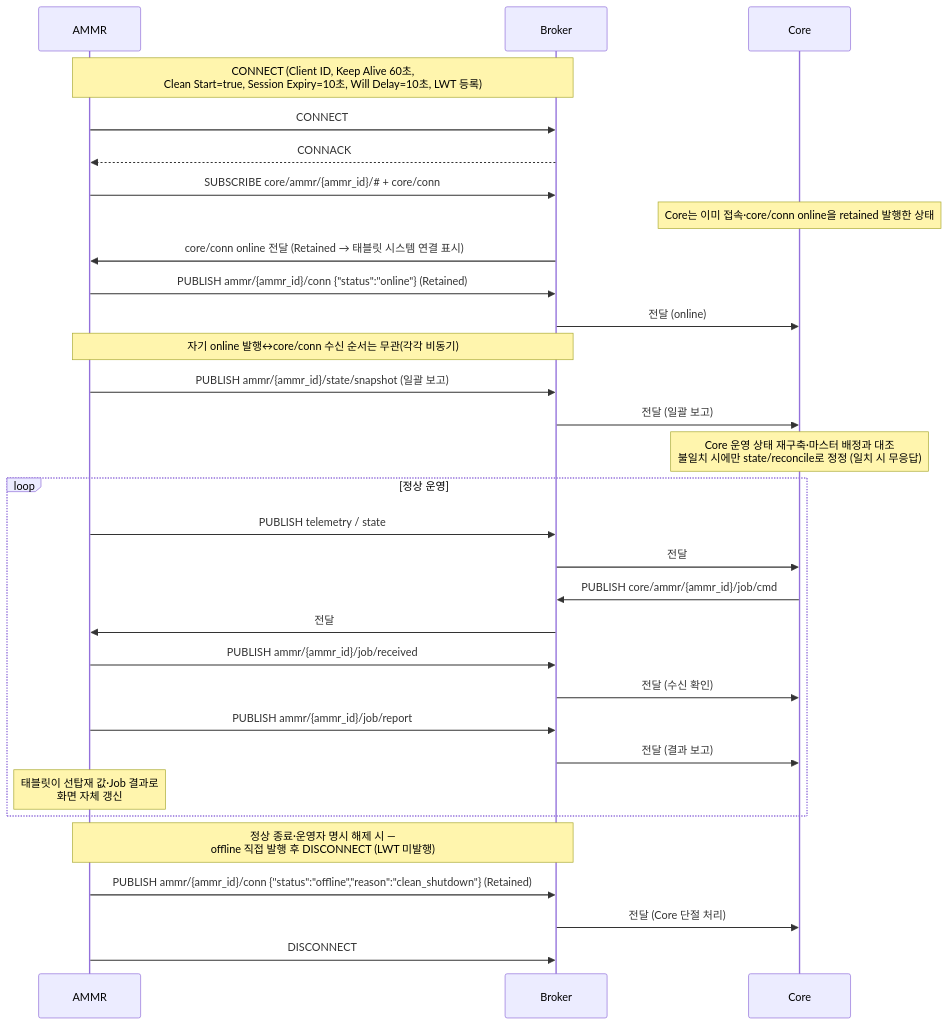
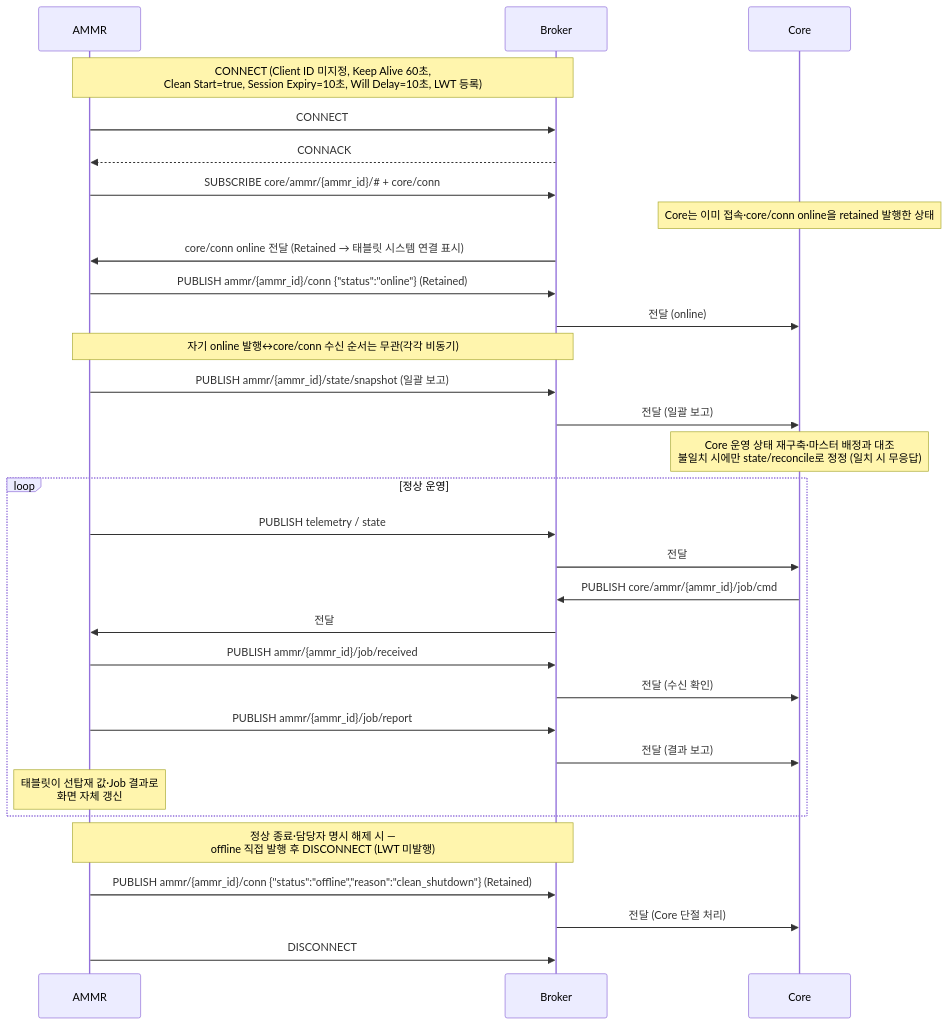
Before and after one commit to kimminsu0315/Core-Docs: the third of 13 diagrams in docs/out/Core_ICD_AMMR.md, drawn with Mermaid. The commit also changed other lines of this file and 17 other files, not shown here.

````diff
--- a/docs/out/Core_ICD_AMMR.md
+++ b/docs/out/Core_ICD_AMMR.md
@@ -245,36 +252,36 @@
 ```mermaid
 sequenceDiagram
     participant A as AMMR
     participant B as Broker
     participant C as Core
 
-    Note over A,B: CONNECT (Client ID, Keep Alive 60초,<br/>Clean Start=true, Session Expiry=10초, Will Delay=10초, LWT 등록)
+    Note over A,B: CONNECT (Client ID 미지정, Keep Alive 60초,<br/>Clean Start=true, Session Expiry=10초, Will Delay=10초, LWT 등록)
     A->>B: CONNECT
     B-->>A: CONNACK
     A->>B: SUBSCRIBE core/ammr/{ammr_id}/#35; + core/conn
     Note over C: Core는 이미 접속·core/conn online을 retained 발행한 상태
     B->>A: core/conn online 전달 (Retained → 태블릿 시스템 연결 표시)
     A->>B: PUBLISH ammr/{ammr_id}/conn {"status":"online"} (Retained)
     B->>C: 전달 (online)
     Note over A,B: 자기 online 발행↔core/conn 수신 순서는 무관(각각 비동기)
     A->>B: PUBLISH ammr/{ammr_id}/state/snapshot (일괄 보고)
     B->>C: 전달 (일괄 보고)
     Note over C: Core 운영 상태 재구축·마스터 배정과 대조<br/>불일치 시에만 state/reconcile로 정정 (일치 시 무응답)
 
     loop 정상 운영
         A->>B: PUBLISH telemetry / state
         B->>C: 전달
         C->>B: PUBLISH core/ammr/{ammr_id}/job/cmd
         B->>A: 전달
         A->>B: PUBLISH ammr/{ammr_id}/job/received
         B->>C: 전달 (수신 확인)
         A->>B: PUBLISH ammr/{ammr_id}/job/report
         B->>C: 전달 (결과 보고)
         Note over A: 태블릿이 선탑재 값·Job 결과로<br/>화면 자체 갱신
     end
 
-    Note over A,B: 정상 종료·운영자 명시 해제 시 —<br/>offline 직접 발행 후 DISCONNECT (LWT 미발행)
+    Note over A,B: 정상 종료·담당자 명시 해제 시 —<br/>offline 직접 발행 후 DISCONNECT (LWT 미발행)
     A->>B: PUBLISH ammr/{ammr_id}/conn {"status":"offline","reason":"clean_shutdown"} (Retained)
     B->>C: 전달 (Core 단절 처리)
     A->>B: DISCONNECT
 ```
````
